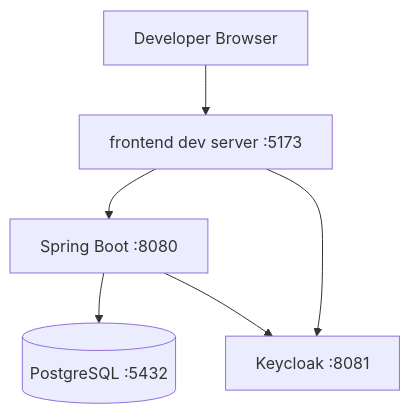
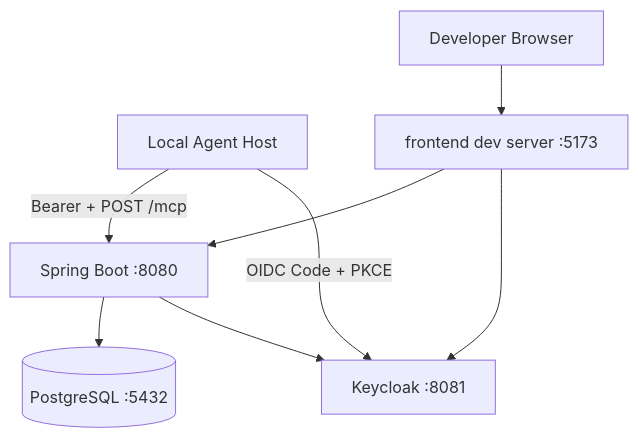
The first of 2 diagrams in docs/03-architecture/10-deployment-topology.md (RomanticHW/cellarbridge-platform), drawn with Mermaid before and after one commit. The commit also changed other lines of this file and 23 other files, not shown here.

Commit message:
docs(mcp): publish agent capabilities and operating evidence

````diff
--- a/docs/03-architecture/10-deployment-topology.md
+++ b/docs/03-architecture/10-deployment-topology.md
@@ -5,14 +5,17 @@
 ```mermaid
 flowchart TB
     Dev[Developer Browser]
+    AgentHost[Local Agent Host]
     FE[frontend dev server :5173]
     BE[Spring Boot :8080]
     PG[(PostgreSQL :5432)]
     KC[Keycloak :8081]
 
     Dev --> FE
+    AgentHost -->|Bearer + POST /mcp| BE
+    AgentHost -->|OIDC Code + PKCE| KC
     FE --> BE
     FE --> KC
     BE --> PG
     BE --> KC
 ```
````
